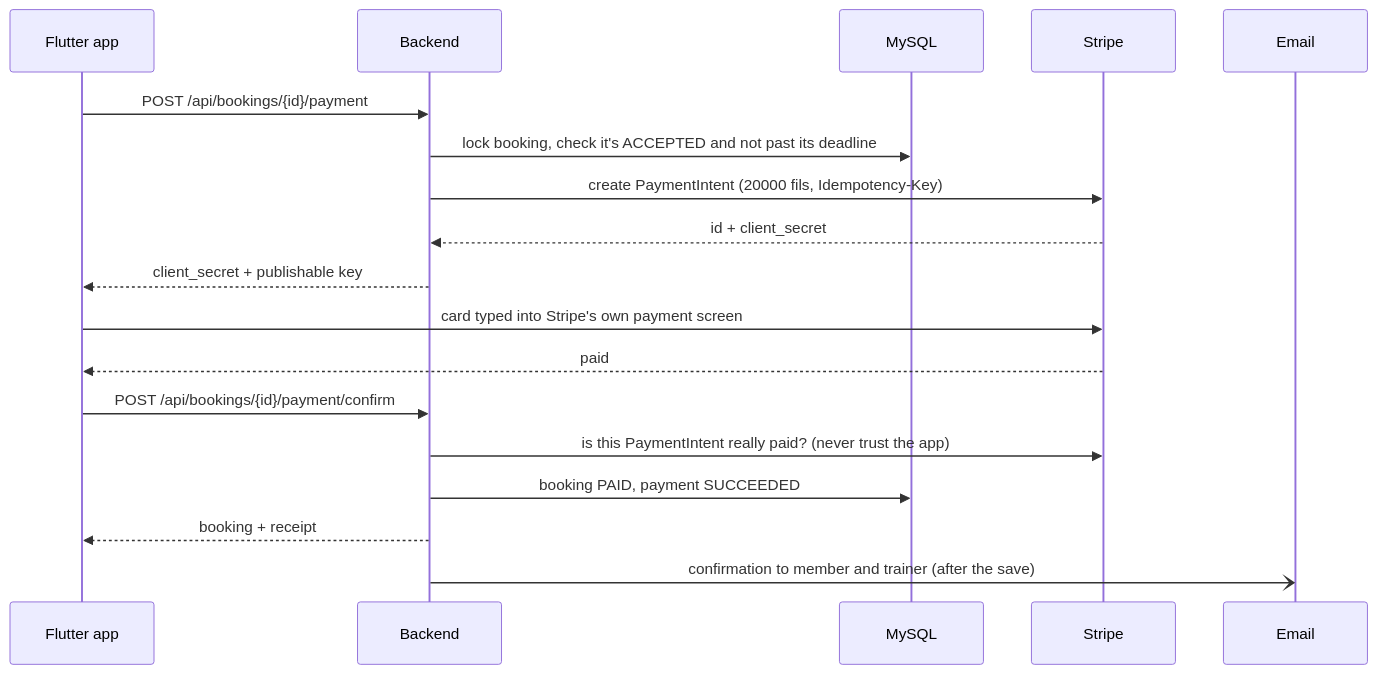
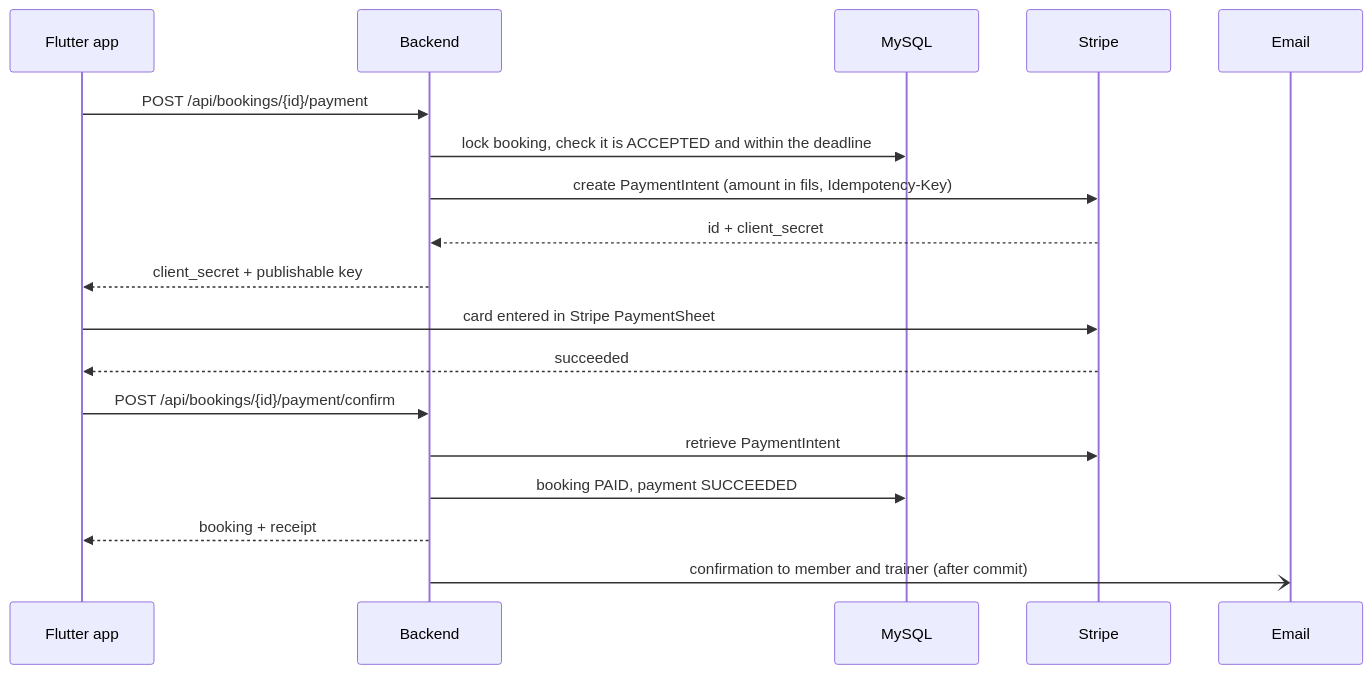
Before and after one commit to Malikalqasrawi/gym-booking-backend: the second of 2 diagrams in README.md, drawn with Mermaid. The commit also changed other lines of this file, not shown here.

Commit message:
docs: restructure README with design decisions and API reference

````diff
--- a/README.md
+++ b/README.md
@@ -63,21 +61,21 @@
 ```mermaid
 sequenceDiagram
     participant App as Flutter app
     participant API as Backend
     participant DB as MySQL
     participant Stripe
     participant Mail as Email
 
     App->>API: POST /api/bookings/{id}/payment
-    API->>DB: lock booking, check it's ACCEPTED and not past its deadline
-    API->>Stripe: create PaymentIntent (20000 fils, Idempotency-Key)
+    API->>DB: lock booking, check it is ACCEPTED and within the deadline
+    API->>Stripe: create PaymentIntent (amount in fils, Idempotency-Key)
     Stripe-->>API: id + client_secret
     API-->>App: client_secret + publishable key
-    App->>Stripe: card typed into Stripe's own payment screen
-    Stripe-->>App: paid
+    App->>Stripe: card entered in Stripe PaymentSheet
+    Stripe-->>App: succeeded
     App->>API: POST /api/bookings/{id}/payment/confirm
-    API->>Stripe: is this PaymentIntent really paid? (never trust the app)
+    API->>Stripe: retrieve PaymentIntent
     API->>DB: booking PAID, payment SUCCEEDED
     API-->>App: booking + receipt
-    API-)Mail: confirmation to member and trainer (after the save)
+    API-)Mail: confirmation to member and trainer (after commit)
 ```
````
